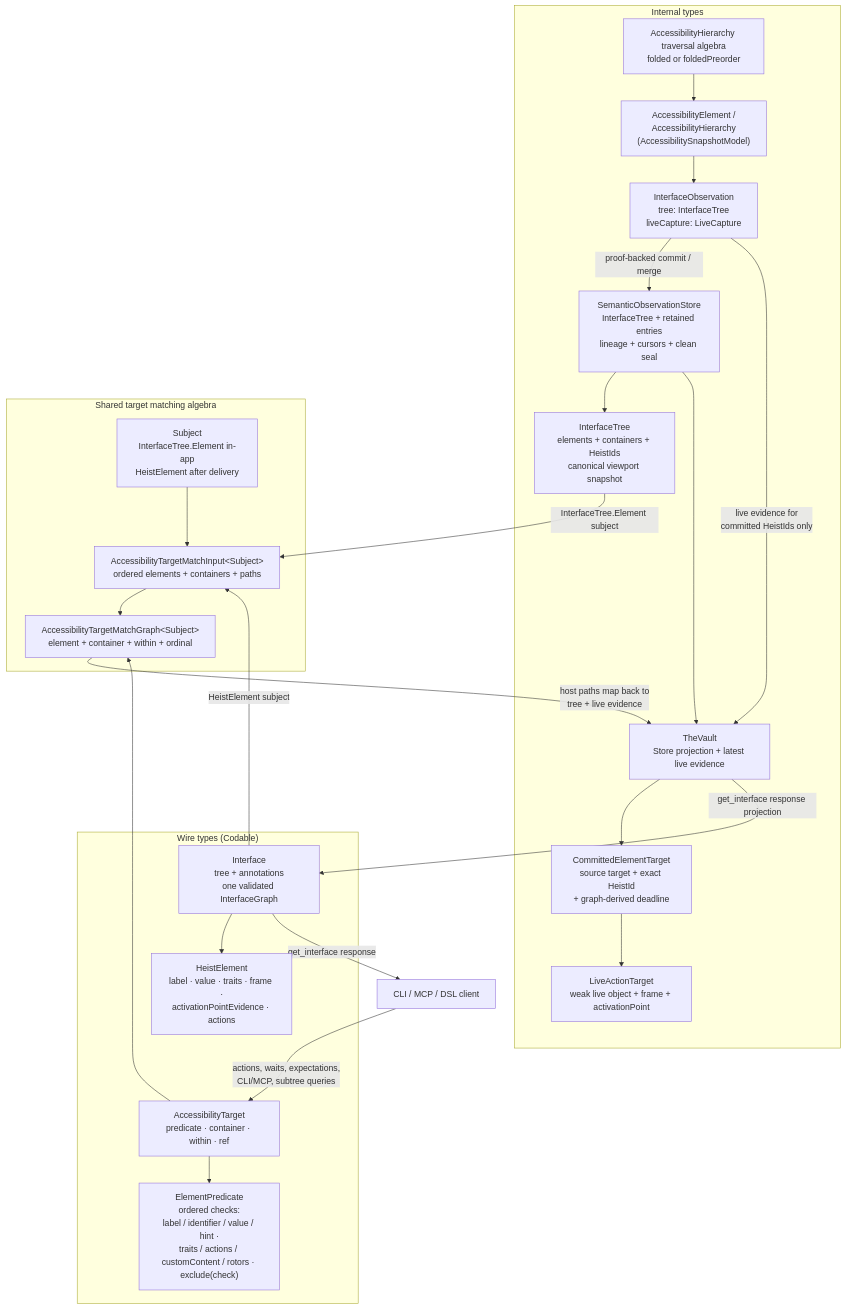
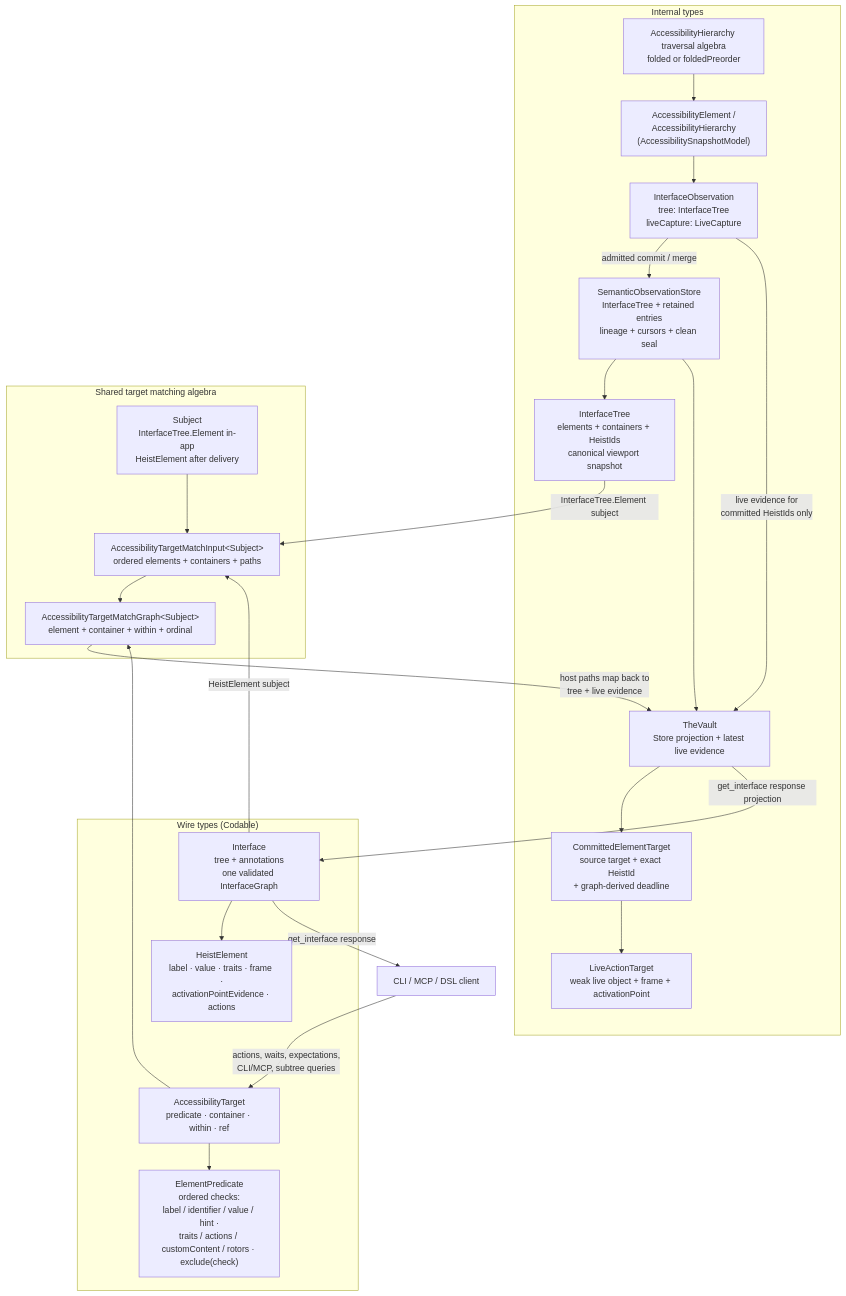
Before and after one commit to RoyalPineapple/TheButtonHeist: the diagram in docs/diagrams/currency-types.md, drawn with Mermaid. The commit also changed 461 other files, not shown here.

````diff
--- a/docs/diagrams/currency-types.md
+++ b/docs/diagrams/currency-types.md
@@ -8,49 +8,49 @@
 ```mermaid
 flowchart TD
     subgraph internal["Internal types"]
         WALK["AccessibilityHierarchy traversal algebra<br/>folded or foldedPreorder"]
         AXE["AccessibilityElement /<br/>AccessibilityHierarchy<br/>(AccessibilitySnapshotModel)"]
         OBS["InterfaceObservation<br/>tree: InterfaceTree<br/>liveCapture: LiveCapture"]
         TREE["InterfaceTree<br/>elements + containers + HeistIds<br/>canonical viewport snapshot"]
         STORE["SemanticObservationStore<br/>InterfaceTree + retained entries<br/>lineage + cursors + clean seal"]
         STASH["TheVault<br/>Store projection + latest live evidence"]
         PIN["CommittedElementTarget<br/>source target + exact HeistId<br/>+ graph-derived deadline"]
         LIVET["LiveActionTarget<br/>weak live object + frame + activationPoint"]
         WALK --> AXE
         AXE --> OBS
-        OBS -- "proof-backed commit / merge" --> STORE
+        OBS -- "admitted commit / merge" --> STORE
         OBS -- "live evidence for<br/>committed HeistIds only" --> STASH
         STORE --> TREE
         STORE --> STASH
         STASH --> PIN
         PIN --> LIVET
     end
 
     subgraph wireTypes["Wire types (Codable)"]
         IFACE["Interface<br/>tree + annotations<br/>one validated InterfaceGraph"]
         HE["HeistElement<br/>label · value · traits · frame ·<br/>activationPointEvidence · actions"]
         ET["AccessibilityTarget<br/>predicate · container · within · ref"]
         EP["ElementPredicate<br/>ordered checks:<br/>label / identifier / value / hint ·<br/>traits / actions / customContent / rotors · exclude(check)"]
         IFACE --> HE
         HE ~~~ ET
         ET --> EP
     end
 
     subgraph matching["Shared target matching algebra"]
         SUBJECT["Subject<br/>InterfaceTree.Element in-app<br/>HeistElement after delivery"]
         INPUT["AccessibilityTargetMatchInput&lt;Subject&gt;<br/>ordered elements + containers + paths"]
         MATCH["AccessibilityTargetMatchGraph&lt;Subject&gt;<br/>element + container + within + ordinal"]
         SUBJECT --> INPUT
         INPUT --> MATCH
     end
 
     CLIENT["CLI / MCP / DSL client"]
 
     STASH -- "get_interface response projection" --> IFACE
     IFACE -- "get_interface response" --> CLIENT
     CLIENT -- "actions, waits, expectations,<br/>CLI/MCP, subtree queries" --> ET
     IFACE -- "HeistElement subject" --> INPUT
     TREE -- "InterfaceTree.Element subject" --> INPUT
     ET --> MATCH
     MATCH -- "host paths map back to<br/>tree + live evidence" --> STASH
 ```
````
